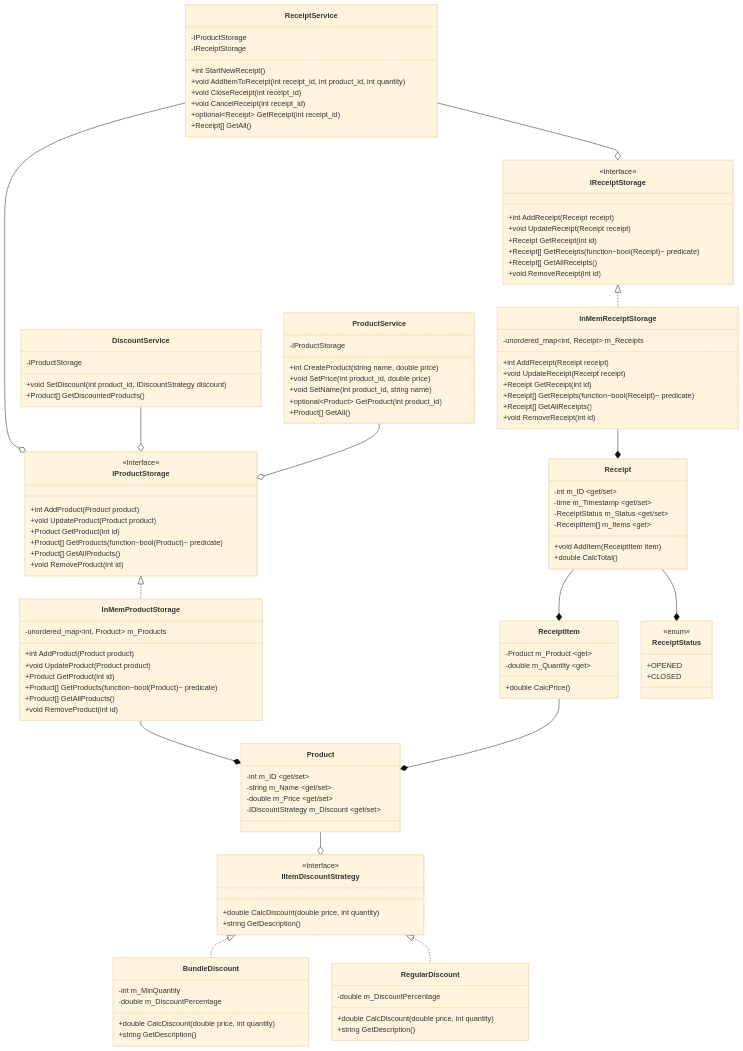
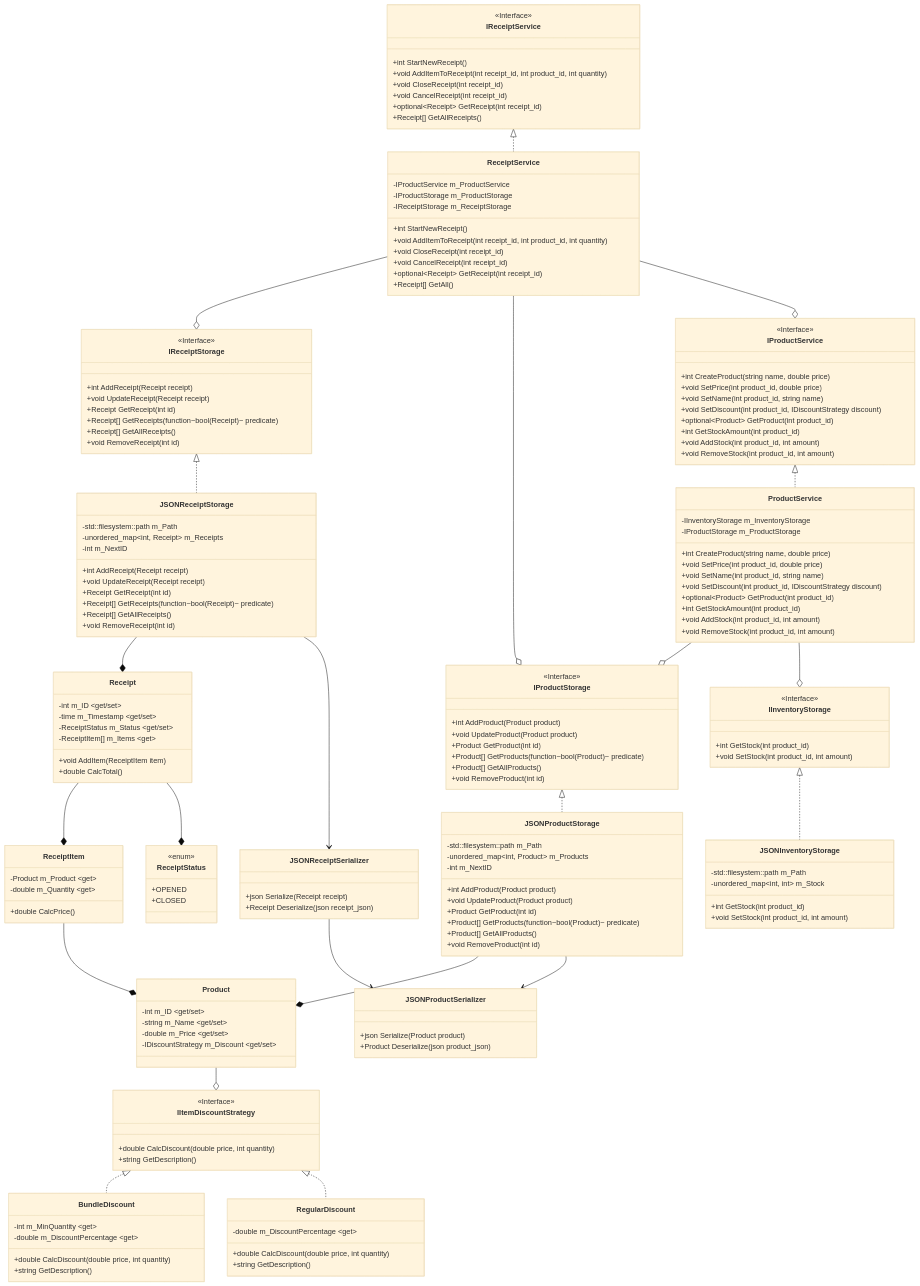
The diagram in docs/class-diagram.md (GrispenX/oop-shop-system), drawn with Mermaid (base theme) before and after one commit. The commit also changed 2 other files, not shown here.

````diff
--- a/docs/class-diagram.md
+++ b/docs/class-diagram.md
@@ -1,12 +1,6 @@
 ```mermaid
 classDiagram
 direction TB
-   class DiscountService {
-	    -IProductStorage
-	    +void SetDiscount(int product_id, IDiscountStrategy discount)
-	    +Product[] GetDiscountedProducts()
-    }
-
     class Product {
 	    -int m_ID ~get/set~
 	    -string m_Name ~get/set~
@@ -38,40 +32,7 @@
 	    +void RemoveReceipt(int id)
     }
 
-    class InMemProductStorage {
-	    -unordered_map~int, Product~ m_Products
-	    +int AddProduct(Product product)
-	    +void UpdateProduct(Product product)
-	    +Product GetProduct(int id)
-	    +Product[] GetProducts(function~bool(Product)~ predicate)
-	    +Product[] GetAllProducts()
-	    +void RemoveProduct(int id)
-    }
-
-    class InMemReceiptStorage {
-	    -unordered_map~int, Receipt~ m_Receipts
-	    +int AddReceipt(Receipt receipt)
-	    +void UpdateReceipt(Receipt receipt)
-	    +Receipt GetReceipt(int id)
-	    +Receipt[] GetReceipts(function~bool(Receipt)~ predicate)
-	    +Receipt[] GetAllReceipts()
-	    +void RemoveReceipt(int id)
-    }
-
     class IItemDiscountStrategy {
-	    +double CalcDiscount(double price, int quantity)
-	    +string GetDescription()
-    }
-
-    class BundleDiscount {
-	    -int m_MinQuantity
-	    -double m_DiscountPercentage
-	    +double CalcDiscount(double price, int quantity)
-	    +string GetDescription()
-    }
-
-    class RegularDiscount {
-	    -double m_DiscountPercentage
 	    +double CalcDiscount(double price, int quantity)
 	    +string GetDescription()
     }
@@ -90,9 +51,102 @@
 	    +CLOSED
     }
 
+    class BundleDiscount {
+	    -int m_MinQuantity ~get~
+	    -double m_DiscountPercentage ~get~
+	    +double CalcDiscount(double price, int quantity)
+	    +string GetDescription()
+    }
+
+    class RegularDiscount {
+	    -double m_DiscountPercentage ~get~
+	    +double CalcDiscount(double price, int quantity)
+	    +string GetDescription()
+    }
+
+    class JSONReceiptStorage {
+	    -std::filesystem::path m_Path
+	    -unordered_map~int, Receipt~ m_Receipts
+	    -int m_NextID
+	    +int AddReceipt(Receipt receipt)
+	    +void UpdateReceipt(Receipt receipt)
+	    +Receipt GetReceipt(int id)
+	    +Receipt[] GetReceipts(function~bool(Receipt)~ predicate)
+	    +Receipt[] GetAllReceipts()
+	    +void RemoveReceipt(int id)
+    }
+
+    class JSONProductStorage {
+	    -std::filesystem::path m_Path
+	    -unordered_map~int, Product~ m_Products
+	    -int m_NextID
+	    +int AddProduct(Product product)
+	    +void UpdateProduct(Product product)
+	    +Product GetProduct(int id)
+	    +Product[] GetProducts(function~bool(Product)~ predicate)
+	    +Product[] GetAllProducts()
+	    +void RemoveProduct(int id)
+    }
+
+    class JSONProductSerializer {
+	    +json Serialize(Product product)
+	    +Product Deserialize(json product_json)
+    }
+
+    class JSONReceiptSerializer {
+	    +json Serialize(Receipt receipt)
+	    +Receipt Deserialize(json receipt_json)
+    }
+
+    class IInventoryStorage {
+	    +int GetStock(int product_id)
+	    +void SetStock(int product_id, int amount)
+    }
+
+    class JSONInventoryStorage {
+	    -std::filesystem::path m_Path
+	    -unordered_map~int, int~ m_Stock
+	    +int GetStock(int product_id)
+	    +void SetStock(int product_id, int amount)
+    }
+
+    class IProductService {
+	    +int CreateProduct(string name, double price)
+	    +void SetPrice(int product_id, double price)
+	    +void SetName(int product_id, string name)
+	    +void SetDiscount(int product_id, IDiscountStrategy discount)
+	    +optional~Product~ GetProduct(int product_id)
+	    +int GetStockAmount(int product_id)
+	    +void AddStock(int product_id, int amount)
+	    +void RemoveStock(int product_id, int amount)
+    }
+
+    class ProductService {
+	    -IInventoryStorage m_InventoryStorage
+	    -IProductStorage m_ProductStorage
+	    +int CreateProduct(string name, double price)
+	    +void SetPrice(int product_id, double price)
+	    +void SetName(int product_id, string name)
+	    +void SetDiscount(int product_id, IDiscountStrategy discount)
+	    +optional~Product~ GetProduct(int product_id)
+	    +int GetStockAmount(int product_id)
+	    +void AddStock(int product_id, int amount)
+	    +void RemoveStock(int product_id, int amount)
+    }
+
+    class IReceiptService {
+	    +int StartNewReceipt()
+	    +void AddItemToReceipt(int receipt_id, int product_id, int quantity)
+	    +void CloseReceipt(int receipt_id)
+	    +void CancelReceipt(int receipt_id)
+	    +optional~Receipt~ GetReceipt(int receipt_id)
+	    +Receipt[] GetAllReceipts()
+    }
+
     class ReceiptService {
-	    -IProductStorage
-	    -IReceiptStorage
+	    -IProductService m_ProductService
+	    -IProductStorage m_ProductStorage
+	    -IReceiptStorage m_ReceiptStorage
 	    +int StartNewReceipt()
 	    +void AddItemToReceipt(int receipt_id, int product_id, int quantity)
 	    +void CloseReceipt(int receipt_id)
@@ -101,32 +155,33 @@
 	    +Receipt[] GetAll()
     }
 
-    class ProductService {
-	    -IProductStorage
-	    +int CreateProduct(string name, double price)
-	    +void SetPrice(int product_id, double price)
-	    +void SetName(int product_id, string name)
-	    +optional~Product~ GetProduct(int product_id)
-	    +Product[] GetAll()
-    }
-
 	<<Interface>> IProductStorage
 	<<Interface>> IReceiptStorage
 	<<Interface>> IItemDiscountStrategy
 	<<enum>> ReceiptStatus
+	<<Interface>> IInventoryStorage
+	<<Interface>> IProductService
+	<<Interface>> IReceiptService
 
     ReceiptItem --* Product
     IItemDiscountStrategy <|.. BundleDiscount
     IItemDiscountStrategy <|.. RegularDiscount
     Receipt --* ReceiptItem
     ProductService --o IProductStorage
-    DiscountService --o IProductStorage
     ReceiptService --o IReceiptStorage
     Product --o IItemDiscountStrategy
     ReceiptService --o IProductStorage
-    IProductStorage <|.. InMemProductStorage
-    IReceiptStorage <|.. InMemReceiptStorage
-    InMemProductStorage --* Product
-    InMemReceiptStorage --* Receipt
+    IProductStorage <|.. JSONProductStorage
+    IReceiptStorage <|.. JSONReceiptStorage
+    JSONProductStorage --* Product
+    JSONReceiptStorage --* Receipt
     Receipt --* ReceiptStatus
+    JSONReceiptSerializer --> JSONProductSerializer
+    JSONReceiptStorage --> JSONReceiptSerializer
+    JSONProductStorage --> JSONProductSerializer
+    IInventoryStorage <|.. JSONInventoryStorage
+    ProductService --o IInventoryStorage
+    IProductService <|.. ProductService
+    IReceiptService <|.. ReceiptService
+    ReceiptService --o IProductService
 ```
````
